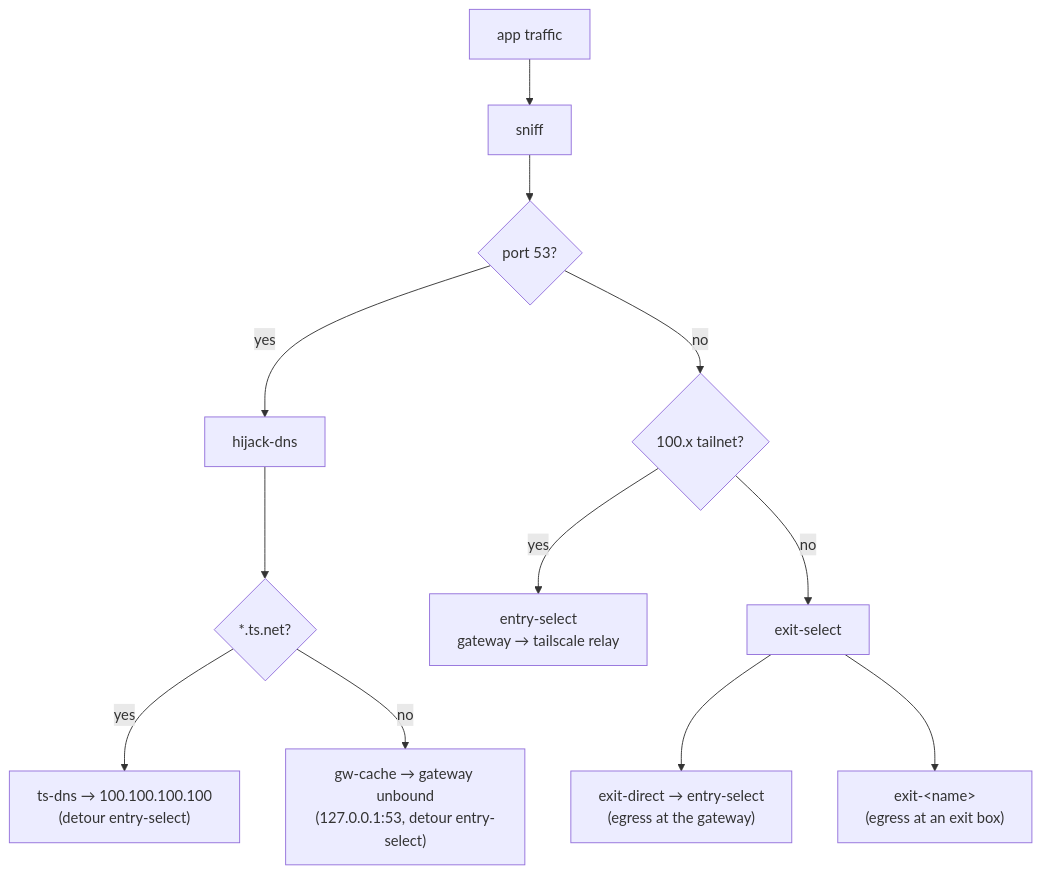
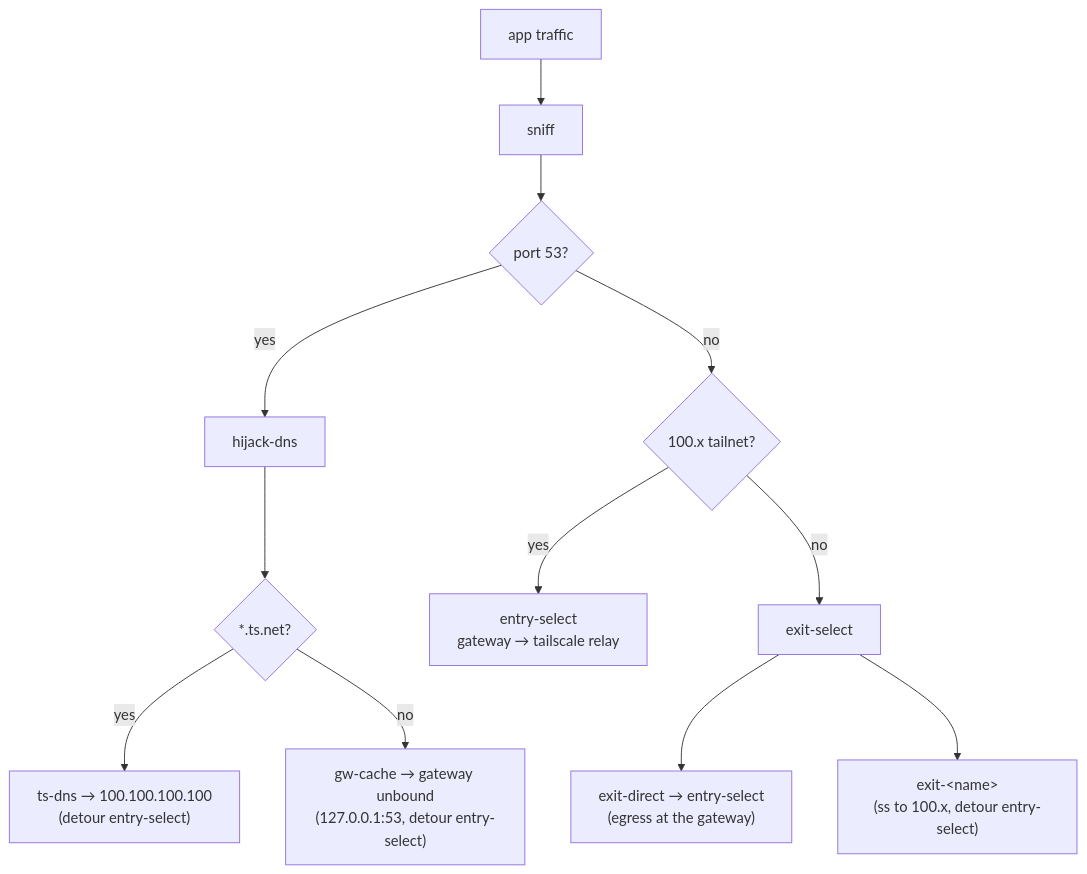
The fourth of 6 diagrams in docs/architecture.md (radiosilence/jaritanet), drawn with Mermaid before and after one commit. The commit also changed other lines of this file and 12 other files, not shown here.

````diff
--- a/docs/architecture.md
+++ b/docs/architecture.md
@@ -361,14 +363,14 @@
 ```mermaid
 flowchart TD
     APP["app traffic"] --> SNIFF["sniff"]
     SNIFF --> DNSQ{"port 53?"}
     DNSQ -->|yes| HIJACK["hijack-dns"]
     HIJACK --> RES{"*.ts.net?"}
     RES -->|yes| TSDNS["ts-dns → 100.100.100.100<br/>(detour entry-select)"]
     RES -->|no| GW["gw-cache → gateway unbound<br/>(127.0.0.1:53, detour entry-select)"]
     DNSQ -->|no| TN{"100.x tailnet?"}
     TN -->|yes| ENTRY["entry-select<br/>gateway → tailscale relay"]
     TN -->|no| EXIT["exit-select"]
     EXIT --> ED["exit-direct → entry-select<br/>(egress at the gateway)"]
-    EXIT --> EN["exit-&lt;name&gt;<br/>(egress at an exit box)"]
+    EXIT --> EN["exit-&lt;name&gt;<br/>(ss to 100.x, detour entry-select)"]
 ```
````
